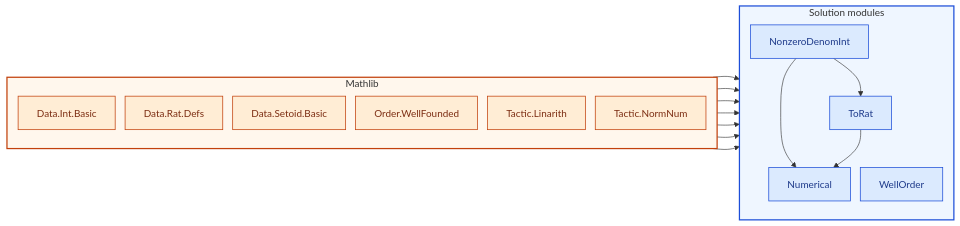
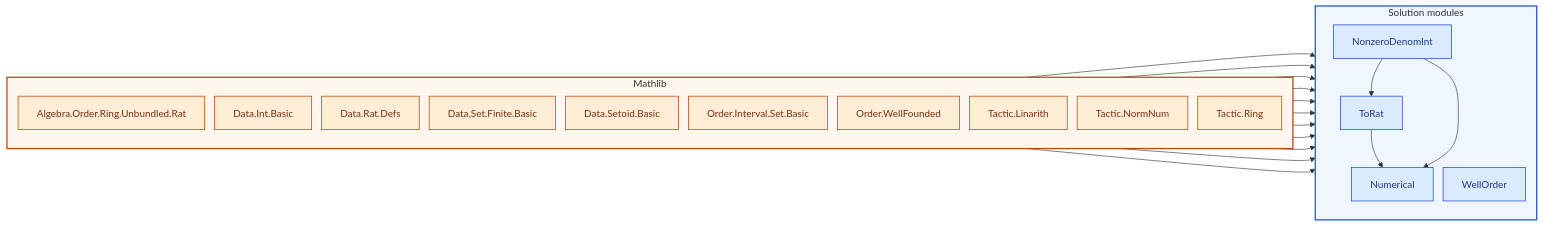
Before and after one commit to catskillsresearch/fabbro: the diagram in courses/21-127.md, drawn with Mermaid. The commit also changed other lines of this file and 89 other files, not shown here.

````diff
--- a/courses/21-127.md
+++ b/courses/21-127.md
@@ -21,37 +22,45 @@
 ```mermaid
 %%{init: {"flowchart": {"htmlLabels": false, "nodeSpacing": 16, "rankSpacing": 36}}}%%
 flowchart LR
   classDef course fill:#dbeafe,stroke:#1d4ed8,color:#1e3a8a,stroke-width:1.2px
   classDef mathlib fill:#ffedd5,stroke:#c2410c,color:#7c2d12,stroke-width:1.2px
 
   subgraph ML["Mathlib"]
     direction TB
     style ML fill:#fff7ed,stroke:#c2410c,stroke-width:2px
+    LAlgebraOrderRingUnbundledRat["Algebra.Order.Ring.Unbundled.Rat"]:::mathlib
     LDataIntBasic["Data.Int.Basic"]:::mathlib
     LDataRatDefs["Data.Rat.Defs"]:::mathlib
+    LDataSetFiniteBasic["Data.Set.Finite.Basic"]:::mathlib
     LDataSetoidBasic["Data.Setoid.Basic"]:::mathlib
+    LOrderIntervalSetBasic["Order.Interval.Set.Basic"]:::mathlib
     LOrderWellFounded["Order.WellFounded"]:::mathlib
     LTacticLinarith["Tactic.Linarith"]:::mathlib
     LTacticNormNum["Tactic.NormNum"]:::mathlib
+    LTacticRing["Tactic.Ring"]:::mathlib
   end
 
   subgraph SOL["Solution modules"]
     direction TB
     style SOL fill:#eff6ff,stroke:#1d4ed8,stroke-width:2px
     MNonzeroDenomInt["NonzeroDenomInt"]:::course
     MNumerical["Numerical"]:::course
     MToRat["ToRat"]:::course
     MWellOrder["WellOrder"]:::course
   end
 
   LDataSetoidBasic --> MNonzeroDenomInt
   LDataIntBasic --> MNonzeroDenomInt
+  LTacticRing --> MNonzeroDenomInt
   LTacticNormNum --> MNumerical
+  MToRat --> MNumerical
   MNonzeroDenomInt --> MNumerical
-  MToRat --> MNumerical
+  LTacticLinarith --> MToRat
   LDataRatDefs --> MToRat
-  LTacticLinarith --> MToRat
   MNonzeroDenomInt --> MToRat
+  LDataSetFiniteBasic --> MWellOrder
+  LOrderWellFounded --> MWellOrder
+  LOrderIntervalSetBasic --> MWellOrder
+  LAlgebraOrderRingUnbundledRat --> MWellOrder
   LDataRatDefs --> MWellOrder
-  LOrderWellFounded --> MWellOrder
 ```
````
